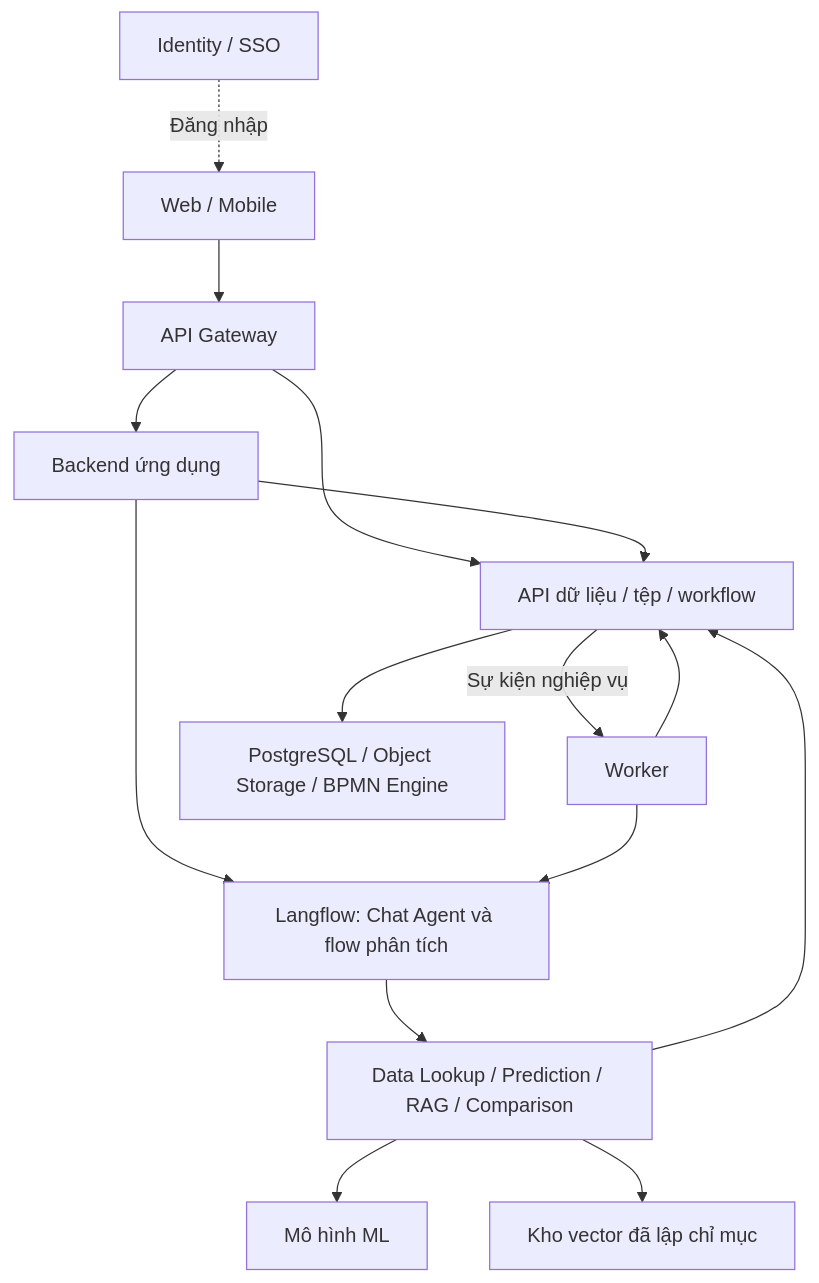
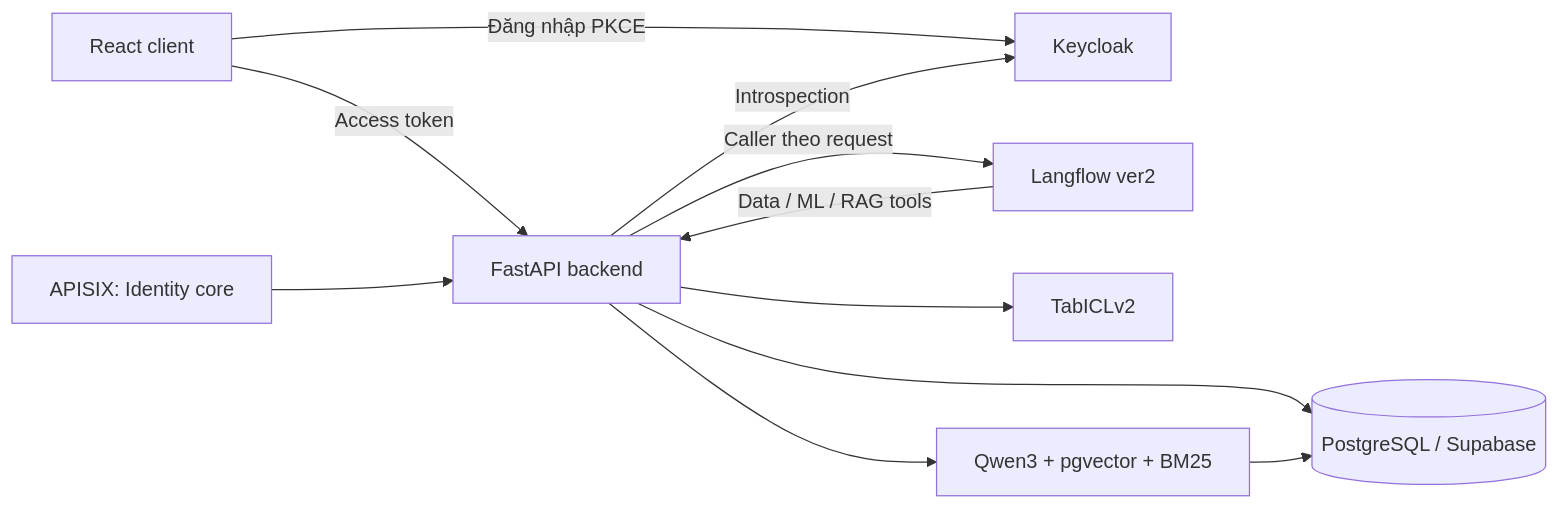
Before and after one commit to hoanganh-ktpm/FlowBridge: the diagram in README.md, drawn with Mermaid. The commit also changed other lines of this file and 57 other files, not shown here.

Commit message:
Remove deprecated RAG preparation script and associated tests, update documentation for PostgreSQL RAG design and management.

````diff
--- a/README.md
+++ b/README.md
@@ -105,17 +30,13 @@
 ```mermaid
-flowchart TB
-    UI[Web / Mobile] --> GW[API Gateway]
-    ID[Identity / SSO] -. Đăng nhập .-> UI
-    GW --> APP[Backend ứng dụng]
-    GW --> CORE[API dữ liệu / tệp / workflow]
-    APP --> CORE
-    APP --> LF[Langflow: Chat Agent và flow phân tích]
-    CORE -->|Sự kiện nghiệp vụ| WORKER[Worker]
-    WORKER --> LF
-    WORKER --> CORE
-    LF --> TOOLS[Data Lookup / Prediction / RAG / Comparison]
-    TOOLS --> CORE
-    TOOLS --> ML[Mô hình ML]
-    TOOLS --> VECTOR[Kho vector đã lập chỉ mục]
-    CORE --> ENGINES[PostgreSQL / Object Storage / BPMN Engine]
+flowchart LR
+    UI[React client] -->|Đăng nhập PKCE| IAM[Keycloak]
+    UI -->|Access token| API[FastAPI backend]
+    API -->|Introspection| IAM
+    API --> DB[(PostgreSQL / Supabase)]
+    API -->|Caller theo request| LF[Langflow ver2]
+    LF -->|Data / ML / RAG tools| API
+    API --> ML[TabICLv2]
+    API --> RAG[Qwen3 + pgvector + BM25]
+    RAG --> DB
+    GW[APISIX: Identity core] --> API
 ```
````
